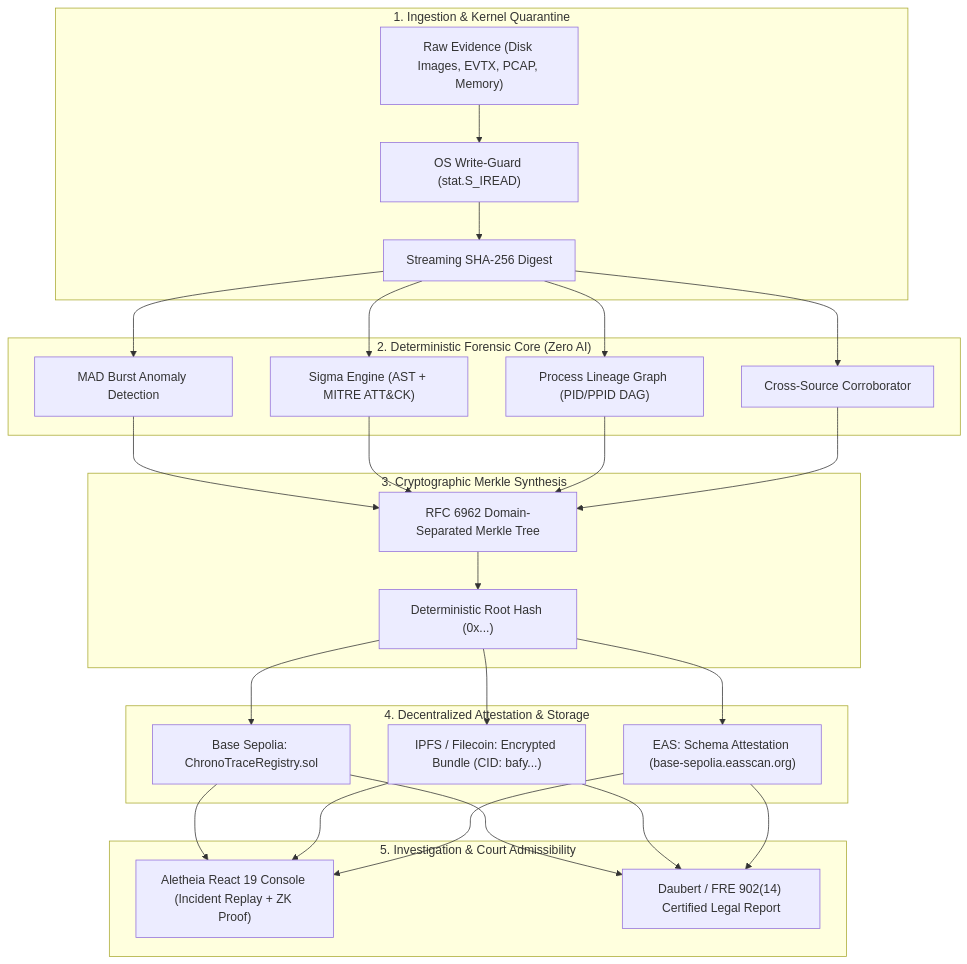
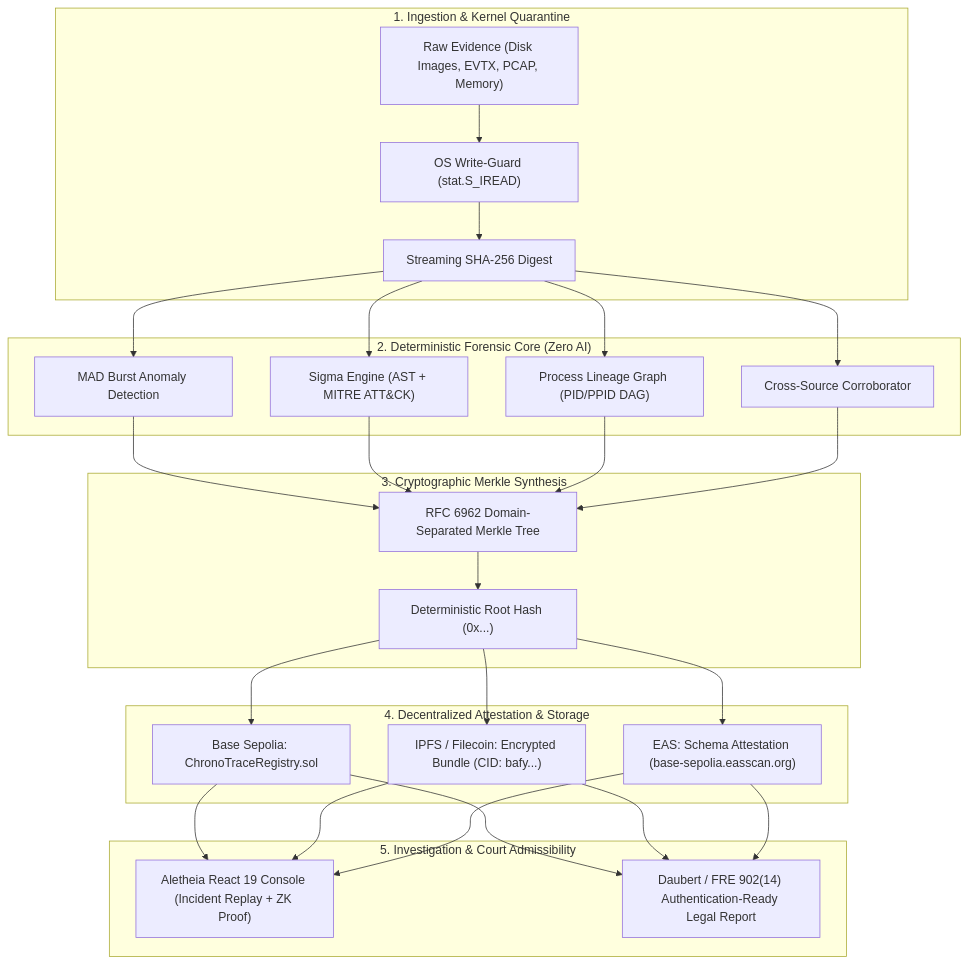
Before and after one commit to moin08s/Aletheia: the diagram in README.md, drawn with Mermaid. The commit also changed other lines of this file and 11 other files, not shown here.

Commit message:
feat(security): complete P0-P3 roadmap with single-FD streaming, cadence dilution detection, mandatory dual-sign-off, formal specs, and calibrated language

````diff
--- a/README.md
+++ b/README.md
@@ -39,30 +39,30 @@
 ```mermaid
 flowchart TD
     subgraph EvidenceLayer ["1. Ingestion & Kernel Quarantine"]
         Raw["Raw Evidence (Disk Images, EVTX, PCAP, Memory)"] --> WG["OS Write-Guard (stat.S_IREAD)"]
         WG --> Hash["Streaming SHA-256 Digest"]
     end
 
     subgraph DeterministicEngine ["2. Deterministic Forensic Core (Zero AI)"]
         Hash --> MAD["MAD Burst Anomaly Detection"]
         Hash --> Sigma["Sigma Engine (AST + MITRE ATT&CK)"]
         Hash --> Lineage["Process Lineage Graph (PID/PPID DAG)"]
         Hash --> Corrob["Cross-Source Corroborator"]
     end
 
     subgraph CryptographicLayer ["3. Cryptographic Merkle Synthesis"]
         MAD & Sigma & Lineage & Corrob --> Merkle["RFC 6962 Domain-Separated Merkle Tree"]
         Merkle --> Root["Deterministic Root Hash (0x...)"]
     end
 
     subgraph Web3Layer ["4. Decentralized Attestation & Storage"]
         Root --> IPFS["IPFS / Filecoin: Encrypted Bundle (CID: bafy...)"]
         Root --> BaseL2["Base Sepolia: ChronoTraceRegistry.sol"]
         Root --> EAS["EAS: Schema Attestation (base-sepolia.easscan.org)"]
     end
 
     subgraph InterfaceLayer ["5. Investigation & Court Admissibility"]
         BaseL2 & IPFS & EAS --> UI["Aletheia React 19 Console (Incident Replay + ZK Proof)"]
-        BaseL2 & IPFS & EAS --> Report["Daubert / FRE 902(14) Certified Legal Report"]
+        BaseL2 & IPFS & EAS --> Report["Daubert / FRE 902(14) Authentication-Ready Legal Report"]
     end
 ```
````
